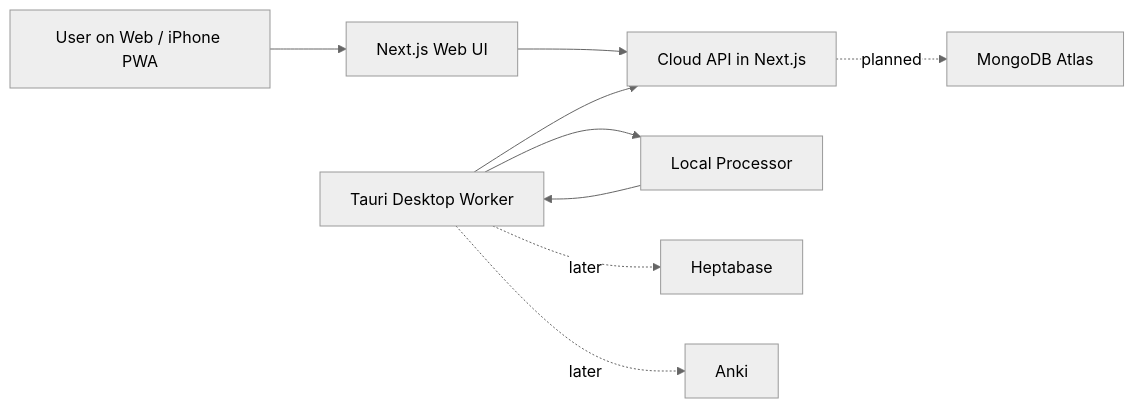
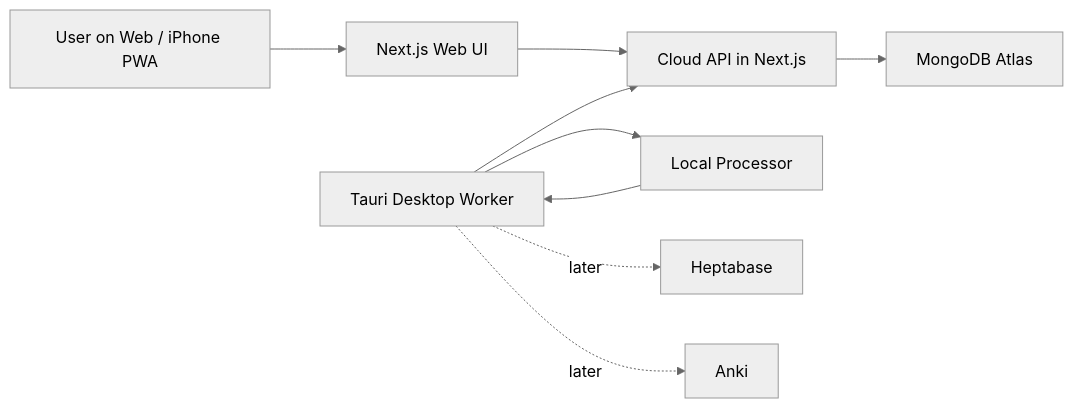
One commit to gino001655/Capture changed the diagram in docs/architecture.md. Above: the diagram before and after it, drawn with Mermaid (neutral theme). The commit also changed other lines of this file and 15 other files, not shown here.

````diff
--- a/docs/architecture.md
+++ b/docs/architecture.md
@@ -9,11 +9,11 @@
 ```mermaid
 flowchart LR
     U["User on Web / iPhone PWA"] --> W["Next.js Web UI"]
     W --> A["Cloud API in Next.js"]
     D["Tauri Desktop Worker"] --> A
-    A -. "planned" .-> M["MongoDB Atlas"]
+    A --> M["MongoDB Atlas"]
     D --> P["Local Processor"]
     P --> D
     D -. "later" .-> H["Heptabase"]
     D -. "later" .-> K["Anki"]
 ```
````
